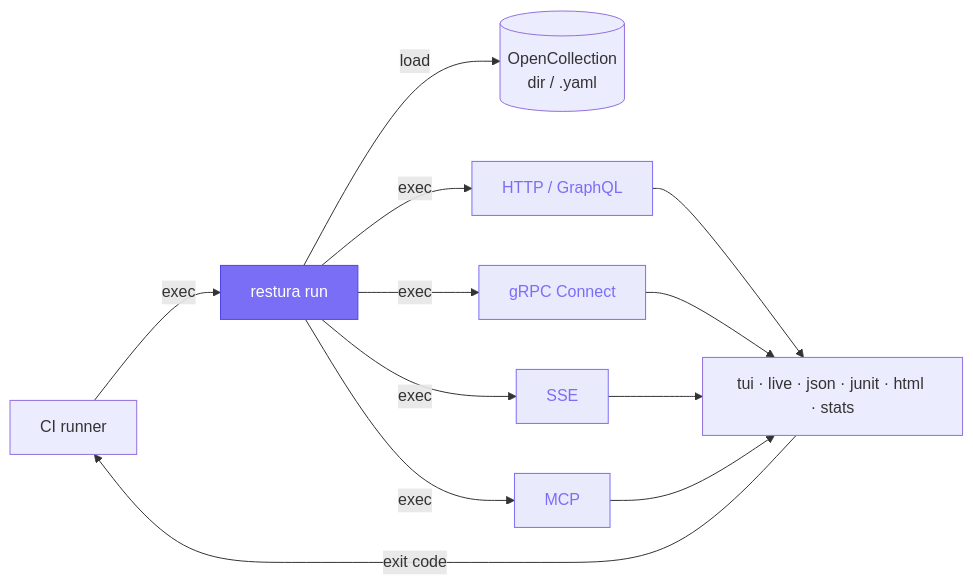
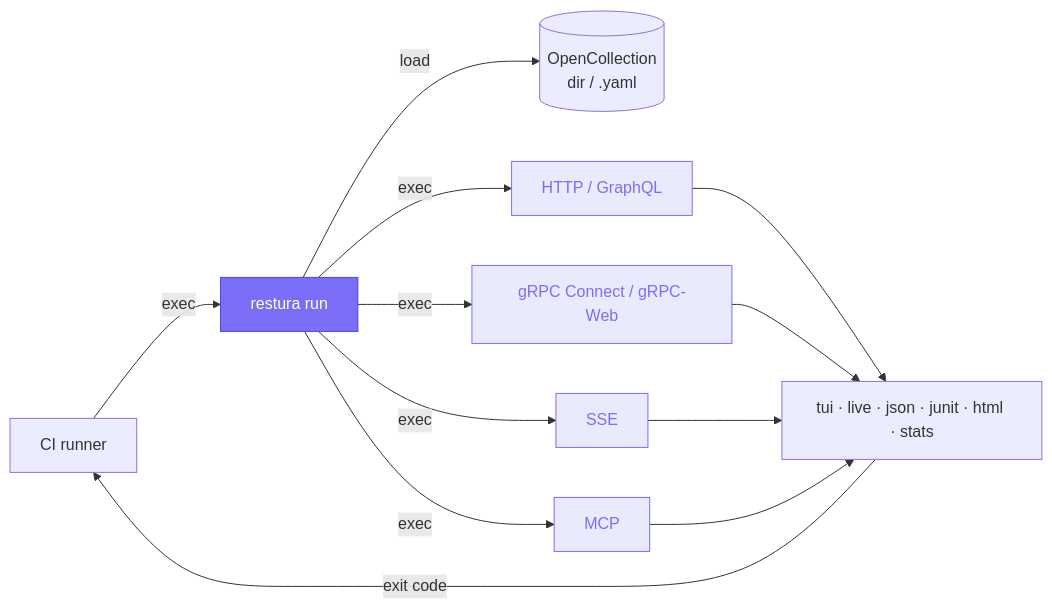
Before and after one commit to dipjyotimetia/restura: the diagram in docs-site/src/content/docs/reference/cli.mdx, drawn with Mermaid. The commit also changed other lines of this file and 45 other files, not shown here.

````diff
--- a/docs-site/src/content/docs/reference/cli.mdx
+++ b/docs-site/src/content/docs/reference/cli.mdx
@@ -14,19 +14,19 @@
 ```mermaid
 flowchart LR
   CI[CI runner] -->|exec| CLI[restura run]
   CLI -->|load| COL[(OpenCollection<br/>dir / .yaml)]
   CLI -->|exec| H[HTTP / GraphQL]
-  CLI -->|exec| G[gRPC Connect]
+  CLI -->|exec| G[gRPC Connect / gRPC-Web]
   CLI -->|exec| S[SSE]
   CLI -->|exec| M[MCP]
   H --> R1[tui · live · json · junit · html · stats]
   G --> R1
   S --> R1
   M --> R1
   R1 -->|exit code| CI
 
   classDef cli fill:#7b6ef6,stroke:#4f46e5,color:#fff;
   classDef proto fill:#6366f122,stroke:#7b6ef6,color:#7b6ef6;
   class CLI cli;
   class H,G,S,M proto;
 ```
````
